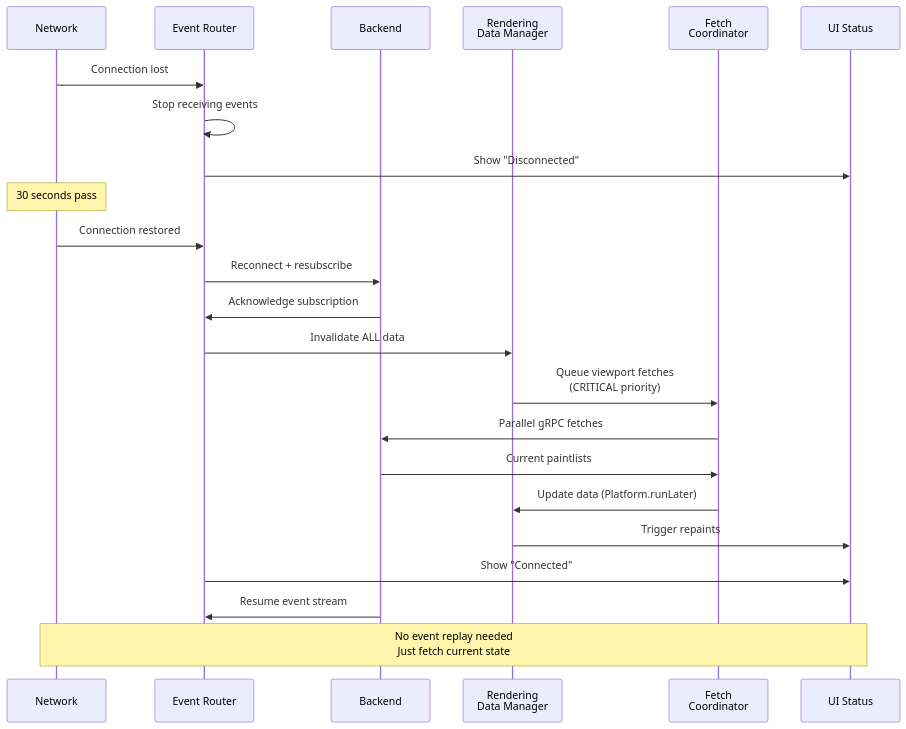
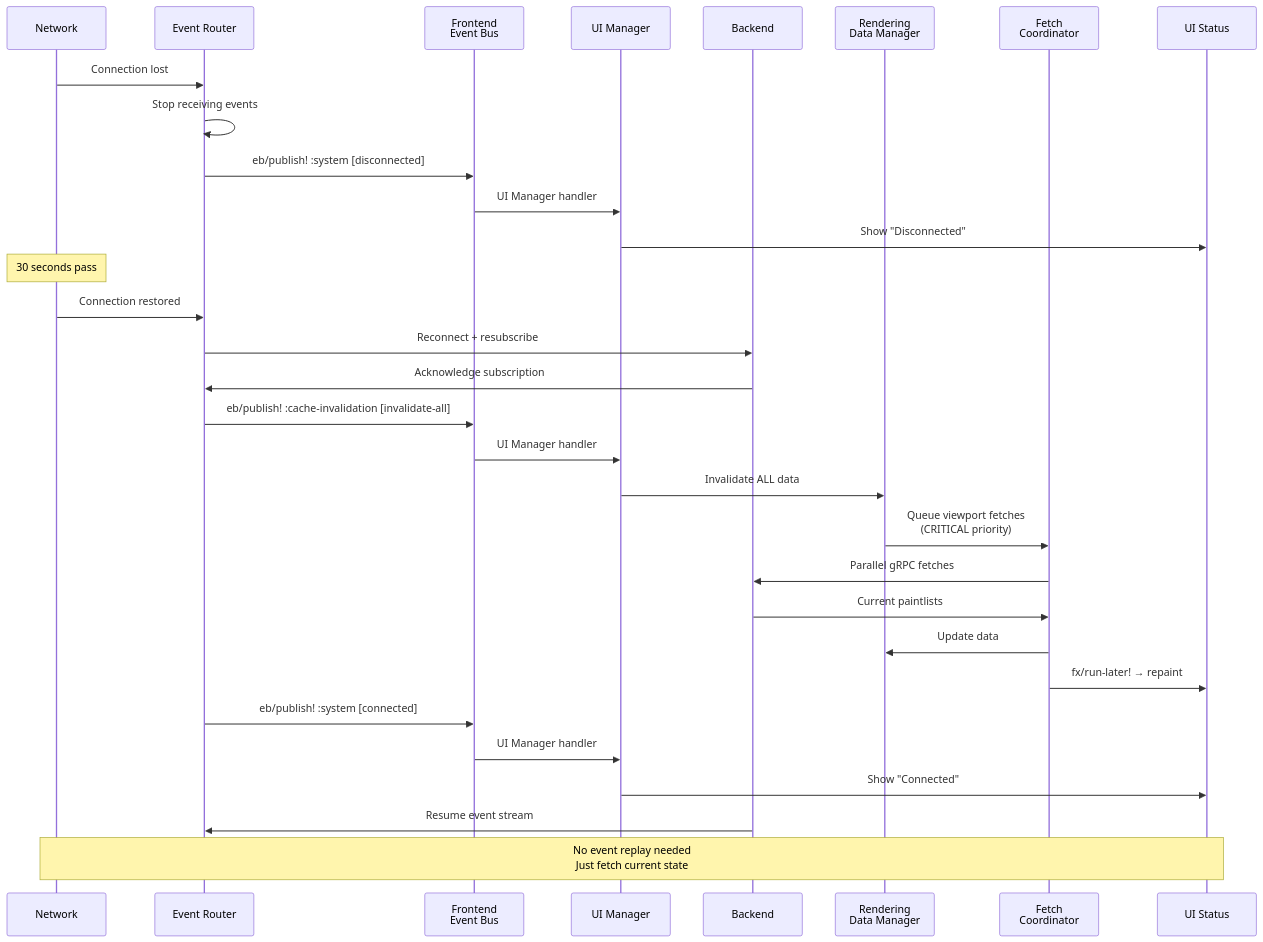
The third of 5 diagrams in ADRs/0031-Frontend-Event-Driven-Architecture.md (PeterBengtson/Ooloi-docs), drawn with Mermaid before and after one commit. The commit also changed other lines of this file and 3 other files, not shown here.

````diff
--- a/ADRs/0031-Frontend-Event-Driven-Architecture.md
+++ b/ADRs/0031-Frontend-Event-Driven-Architecture.md
@@ -289,27 +381,35 @@
 ```mermaid
 sequenceDiagram
     participant NET as Network
     participant ER as Event Router
+    participant BUS as Frontend<br/>Event Bus
+    participant UM as UI Manager
     participant BE as Backend
     participant RDM as Rendering<br/>Data Manager
     participant FC as Fetch<br/>Coordinator
     participant UI as UI Status
 
     NET->>ER: Connection lost
     ER->>ER: Stop receiving events
-    ER->>UI: Show "Disconnected"
+    ER->>BUS: eb/publish! :system [disconnected]
+    BUS->>UM: UI Manager handler
+    UM->>UI: Show "Disconnected"
     Note over NET: 30 seconds pass
     NET->>ER: Connection restored
     ER->>BE: Reconnect + resubscribe
     BE->>ER: Acknowledge subscription
-    ER->>RDM: Invalidate ALL data
+    ER->>BUS: eb/publish! :cache-invalidation [invalidate-all]
+    BUS->>UM: UI Manager handler
+    UM->>RDM: Invalidate ALL data
     RDM->>FC: Queue viewport fetches<br/>(CRITICAL priority)
     FC->>BE: Parallel gRPC fetches
     BE->>FC: Current paintlists
-    FC->>RDM: Update data (Platform.runLater)
-    RDM->>UI: Trigger repaints
-    ER->>UI: Show "Connected"
+    FC->>RDM: Update data
+    FC->>UI: fx/run-later! → repaint
+    ER->>BUS: eb/publish! :system [connected]
+    BUS->>UM: UI Manager handler
+    UM->>UI: Show "Connected"
     BE->>ER: Resume event stream
 
     Note over NET,UI: No event replay needed<br/>Just fetch current state
 ```
````
